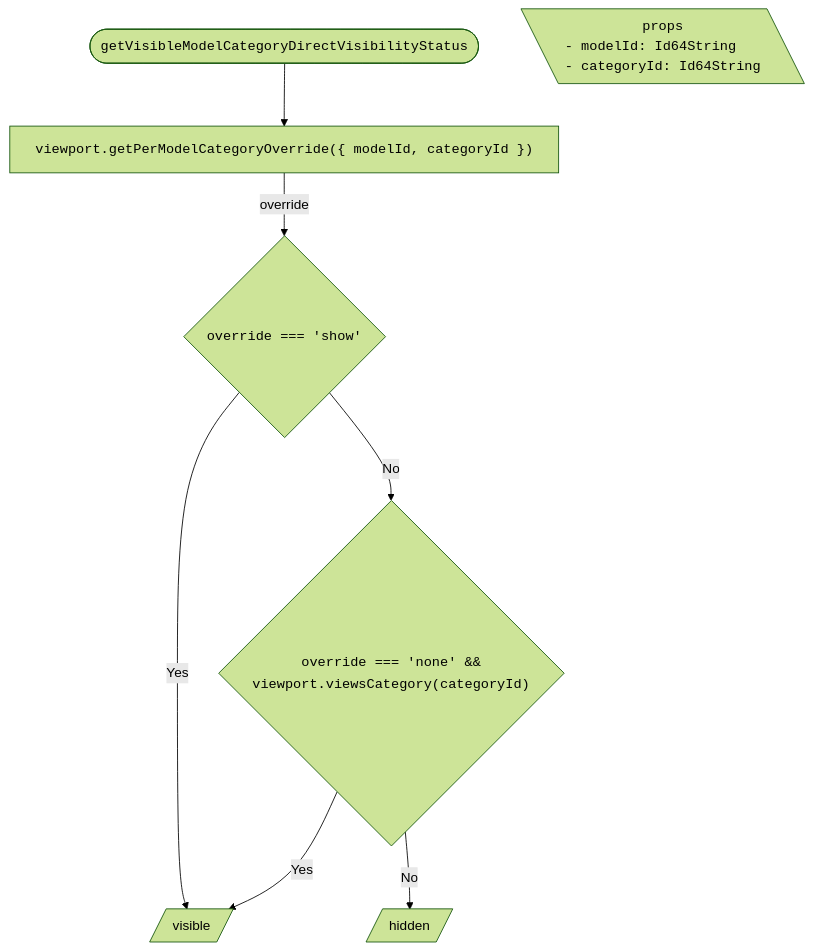
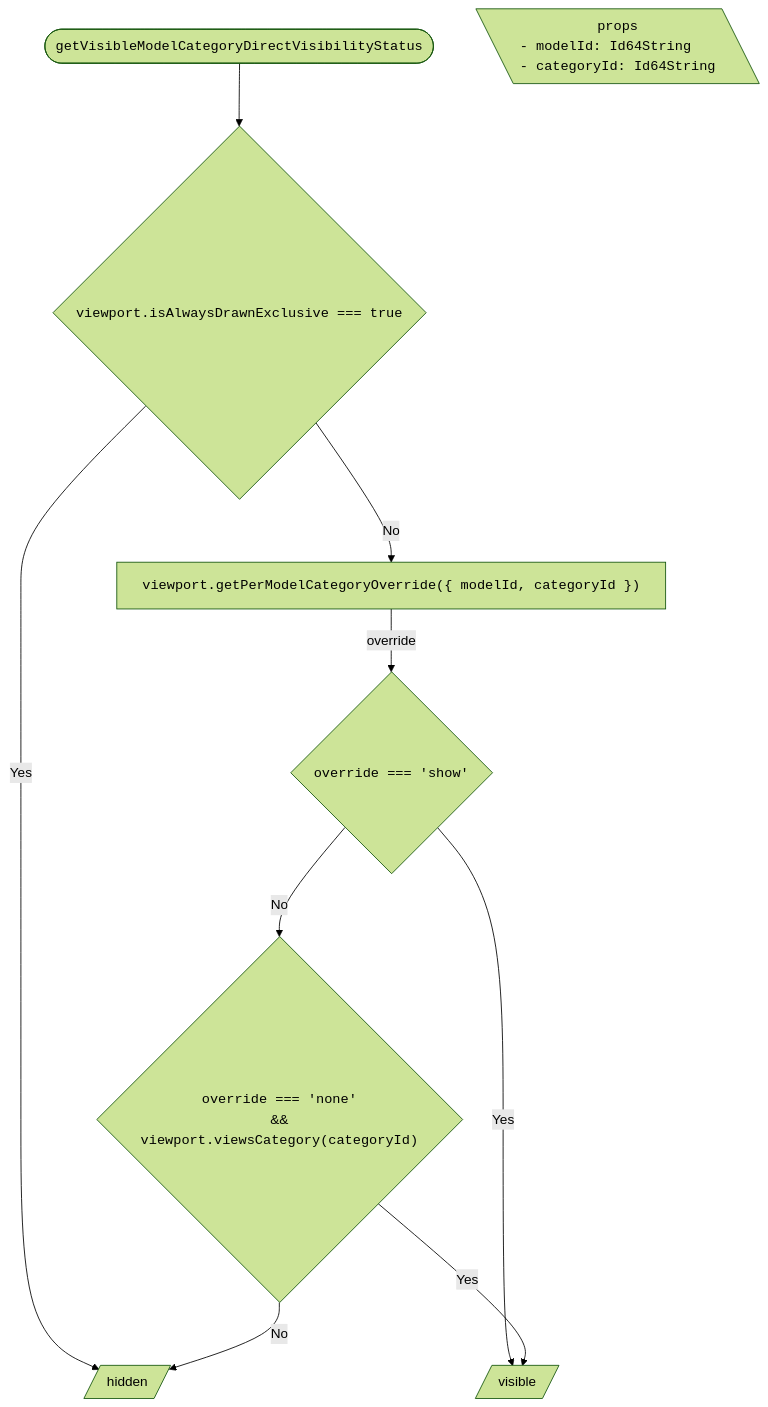
Before and after one commit to iTwin/viewer-components-react: the ninth of 17 diagrams in packages/itwin/tree-widget/docs/SharedVisibilityHandling.md, drawn with Mermaid (forest theme). The commit also changed other lines of this file and 4 other files, not shown here.

First line of the commit message:
[Tree widget]: update mermaid diagrams on `next` (#1744)

````diff
--- a/packages/itwin/tree-widget/docs/SharedVisibilityHandling.md
+++ b/packages/itwin/tree-widget/docs/SharedVisibilityHandling.md
@@ -476,29 +382,28 @@
 ```mermaid
 ---
 config:
   flowchart:
     wrappingWidth: 750
     useMaxWidth: false
 ---
 
 flowchart TD
   RESULT_Visible[/visible/]
   RESULT_Hidden[/hidden/]
 
   %% Start
-  TITLE(["<span style='font-family: monospace;'>getVisibleModelCategoryDirectVisibilityStatus</span>"]) --> A["<span style='font-family: monospace;'>viewport.getPerModelCategoryOverride({ modelId, categoryId })</span>"]
+  TITLE(["<span style='font-family: monospace;'>getVisibleModelCategoryDirectVisibilityStatus</span>"]) --> A{"<span style='font-family: monospace;'>viewport.isAlwaysDrawnExclusive === true</span>"}
 
   PROPS[\"
     <span style='font-family: monospace;'>props</span>
-    <span style='display: block; text-align: left; font-family: monospace;'>- modelId: Id64String<br/> - categoryId: Id64String</span>
+    <span style='display: block; text-align: left; font-family: monospace;'>- modelId: Id64String<br/>- categoryId: Id64String</span>
   "\]
 
-  A -- override --> B{"<span style='font-family: monospace;'>override === 'show'</span>"}
-
-  B -- Yes --> RESULT_Visible
-
-  B -- No --> C{"<span style='font-family: monospace;'>override === 'none' && <br/> viewport.viewsCategory(categoryId)</span>"}
-
+  A -- Yes --> RESULT_Hidden
+  A -- No --> B["<span style='font-family: monospace;'>viewport.getPerModelCategoryOverride({ modelId, categoryId })</span>"]
+  B -- override --> C{"<span style='font-family: monospace;'>override === 'show'</span>"}
   C -- Yes --> RESULT_Visible
-  C -- No --> RESULT_Hidden
+  C -- No --> D{"<span style='font-family: monospace;'>override === 'none'</span><br/>&&<br/><span style='font-family: monospace;'>viewport.viewsCategory(categoryId)</span>"}
+  D -- Yes --> RESULT_Visible
+  D -- No --> RESULT_Hidden
 ```
````
